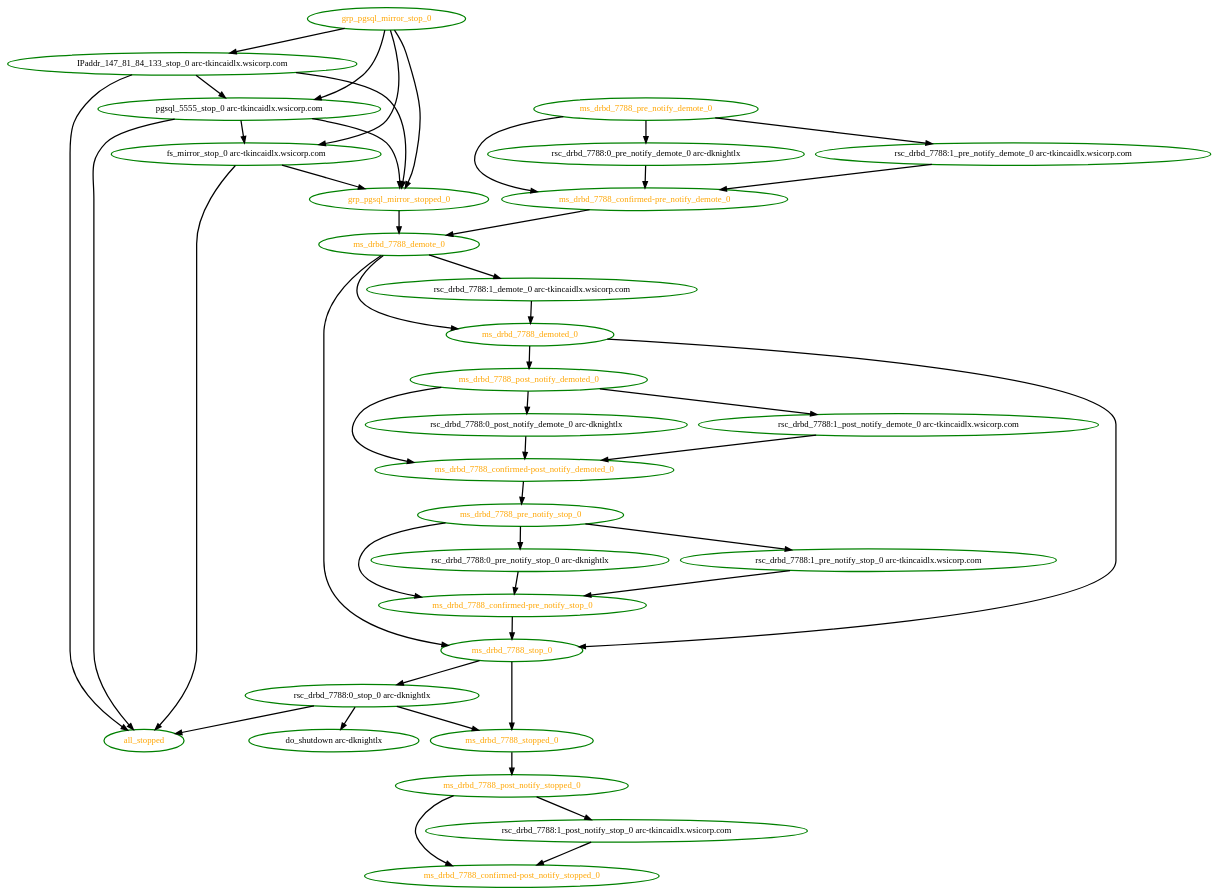
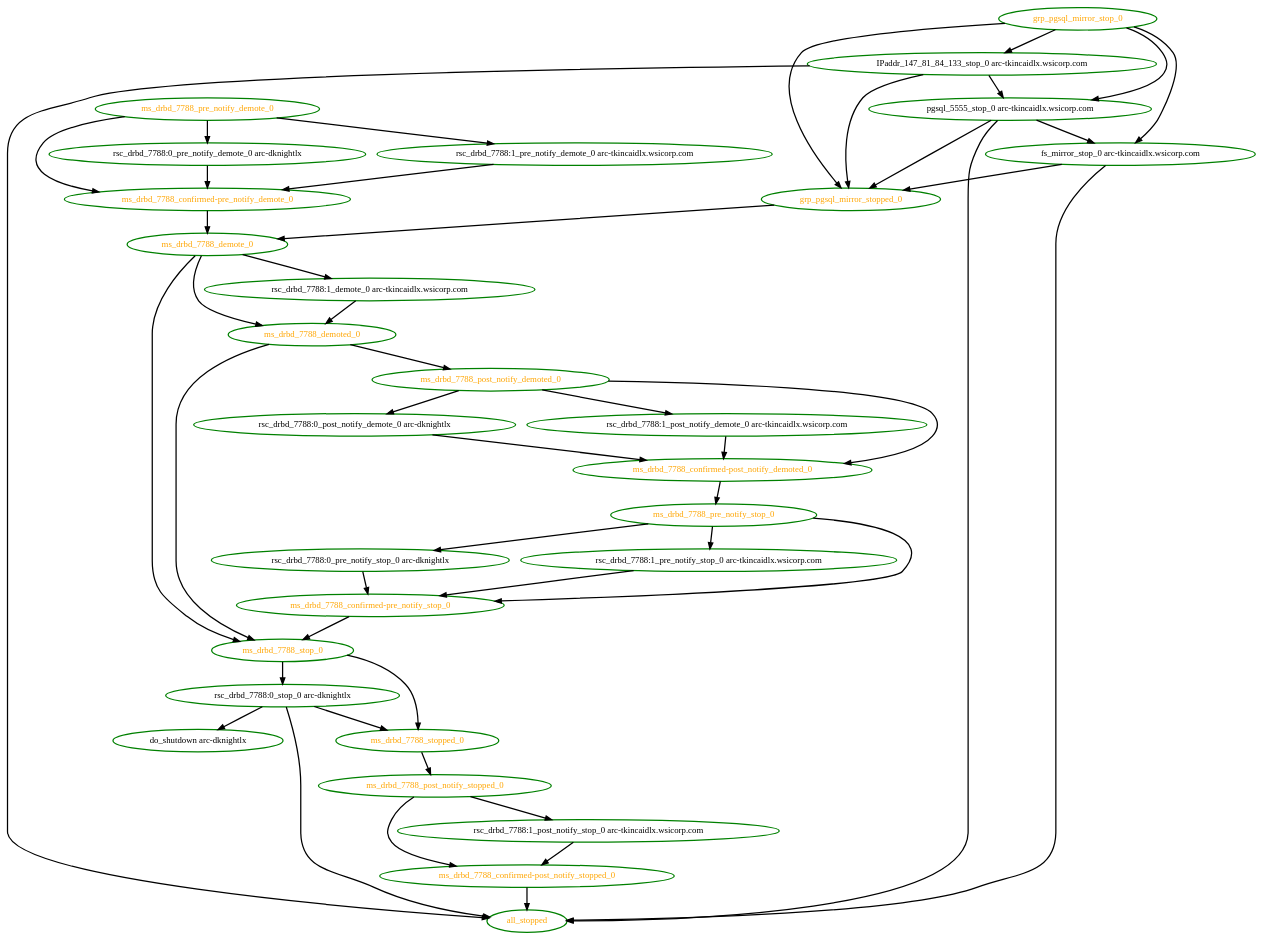
Before and after one commit to linux-ha-japan/pm_diskd: the diagram in pengine/test10/bug-1572-2.dot, drawn with Graphviz. The commit also changed 28 other files, not shown here.

Commit message:
Low: PE: Have post-notification of stops be an input to the all_stopped pseudo event

```diff
--- a/pengine/test10/bug-1572-2.dot
+++ b/pengine/test10/bug-1572-2.dot
@@ -1,76 +1,77 @@
 digraph "g" {
 "IPaddr_147_81_84_133_stop_0 arc-tkincaidlx.wsicorp.com" -> "all_stopped" [ style = bold]
 "IPaddr_147_81_84_133_stop_0 arc-tkincaidlx.wsicorp.com" -> "grp_pgsql_mirror_stopped_0" [ style = bold]
 "IPaddr_147_81_84_133_stop_0 arc-tkincaidlx.wsicorp.com" -> "pgsql_5555_stop_0 arc-tkincaidlx.wsicorp.com" [ style = bold]
 "IPaddr_147_81_84_133_stop_0 arc-tkincaidlx.wsicorp.com" [ style=bold color="green" fontcolor="black"  ]
 "all_stopped" [ style=bold color="green" fontcolor="orange"  ]
 "do_shutdown arc-dknightlx" [ style=bold color="green" fontcolor="black"  ]
 "fs_mirror_stop_0 arc-tkincaidlx.wsicorp.com" -> "all_stopped" [ style = bold]
 "fs_mirror_stop_0 arc-tkincaidlx.wsicorp.com" -> "grp_pgsql_mirror_stopped_0" [ style = bold]
 "fs_mirror_stop_0 arc-tkincaidlx.wsicorp.com" [ style=bold color="green" fontcolor="black"  ]
 "grp_pgsql_mirror_stop_0" -> "IPaddr_147_81_84_133_stop_0 arc-tkincaidlx.wsicorp.com" [ style = bold]
 "grp_pgsql_mirror_stop_0" -> "fs_mirror_stop_0 arc-tkincaidlx.wsicorp.com" [ style = bold]
 "grp_pgsql_mirror_stop_0" -> "grp_pgsql_mirror_stopped_0" [ style = bold]
 "grp_pgsql_mirror_stop_0" -> "pgsql_5555_stop_0 arc-tkincaidlx.wsicorp.com" [ style = bold]
 "grp_pgsql_mirror_stop_0" [ style=bold color="green" fontcolor="orange"  ]
 "grp_pgsql_mirror_stopped_0" -> "ms_drbd_7788_demote_0" [ style = bold]
 "grp_pgsql_mirror_stopped_0" [ style=bold color="green" fontcolor="orange"  ]
 "ms_drbd_7788_confirmed-post_notify_demoted_0" -> "ms_drbd_7788_pre_notify_stop_0" [ style = bold]
 "ms_drbd_7788_confirmed-post_notify_demoted_0" [ style=bold color="green" fontcolor="orange"  ]
+"ms_drbd_7788_confirmed-post_notify_stopped_0" -> "all_stopped" [ style = bold]
 "ms_drbd_7788_confirmed-post_notify_stopped_0" [ style=bold color="green" fontcolor="orange"  ]
 "ms_drbd_7788_confirmed-pre_notify_demote_0" -> "ms_drbd_7788_demote_0" [ style = bold]
 "ms_drbd_7788_confirmed-pre_notify_demote_0" [ style=bold color="green" fontcolor="orange"  ]
 "ms_drbd_7788_confirmed-pre_notify_stop_0" -> "ms_drbd_7788_stop_0" [ style = bold]
 "ms_drbd_7788_confirmed-pre_notify_stop_0" [ style=bold color="green" fontcolor="orange"  ]
 "ms_drbd_7788_demote_0" -> "ms_drbd_7788_demoted_0" [ style = bold]
 "ms_drbd_7788_demote_0" -> "ms_drbd_7788_stop_0" [ style = bold]
 "ms_drbd_7788_demote_0" -> "rsc_drbd_7788:1_demote_0 arc-tkincaidlx.wsicorp.com" [ style = bold]
 "ms_drbd_7788_demote_0" [ style=bold color="green" fontcolor="orange"  ]
 "ms_drbd_7788_demoted_0" -> "ms_drbd_7788_post_notify_demoted_0" [ style = bold]
 "ms_drbd_7788_demoted_0" -> "ms_drbd_7788_stop_0" [ style = bold]
 "ms_drbd_7788_demoted_0" [ style=bold color="green" fontcolor="orange"  ]
 "ms_drbd_7788_post_notify_demoted_0" -> "ms_drbd_7788_confirmed-post_notify_demoted_0" [ style = bold]
 "ms_drbd_7788_post_notify_demoted_0" -> "rsc_drbd_7788:0_post_notify_demote_0 arc-dknightlx" [ style = bold]
 "ms_drbd_7788_post_notify_demoted_0" -> "rsc_drbd_7788:1_post_notify_demote_0 arc-tkincaidlx.wsicorp.com" [ style = bold]
 "ms_drbd_7788_post_notify_demoted_0" [ style=bold color="green" fontcolor="orange"  ]
 "ms_drbd_7788_post_notify_stopped_0" -> "ms_drbd_7788_confirmed-post_notify_stopped_0" [ style = bold]
 "ms_drbd_7788_post_notify_stopped_0" -> "rsc_drbd_7788:1_post_notify_stop_0 arc-tkincaidlx.wsicorp.com" [ style = bold]
 "ms_drbd_7788_post_notify_stopped_0" [ style=bold color="green" fontcolor="orange"  ]
 "ms_drbd_7788_pre_notify_demote_0" -> "ms_drbd_7788_confirmed-pre_notify_demote_0" [ style = bold]
 "ms_drbd_7788_pre_notify_demote_0" -> "rsc_drbd_7788:0_pre_notify_demote_0 arc-dknightlx" [ style = bold]
 "ms_drbd_7788_pre_notify_demote_0" -> "rsc_drbd_7788:1_pre_notify_demote_0 arc-tkincaidlx.wsicorp.com" [ style = bold]
 "ms_drbd_7788_pre_notify_demote_0" [ style=bold color="green" fontcolor="orange"  ]
 "ms_drbd_7788_pre_notify_stop_0" -> "ms_drbd_7788_confirmed-pre_notify_stop_0" [ style = bold]
 "ms_drbd_7788_pre_notify_stop_0" -> "rsc_drbd_7788:0_pre_notify_stop_0 arc-dknightlx" [ style = bold]
 "ms_drbd_7788_pre_notify_stop_0" -> "rsc_drbd_7788:1_pre_notify_stop_0 arc-tkincaidlx.wsicorp.com" [ style = bold]
 "ms_drbd_7788_pre_notify_stop_0" [ style=bold color="green" fontcolor="orange"  ]
 "ms_drbd_7788_stop_0" -> "ms_drbd_7788_stopped_0" [ style = bold]
 "ms_drbd_7788_stop_0" -> "rsc_drbd_7788:0_stop_0 arc-dknightlx" [ style = bold]
 "ms_drbd_7788_stop_0" [ style=bold color="green" fontcolor="orange"  ]
 "ms_drbd_7788_stopped_0" -> "ms_drbd_7788_post_notify_stopped_0" [ style = bold]
 "ms_drbd_7788_stopped_0" [ style=bold color="green" fontcolor="orange"  ]
 "pgsql_5555_stop_0 arc-tkincaidlx.wsicorp.com" -> "all_stopped" [ style = bold]
 "pgsql_5555_stop_0 arc-tkincaidlx.wsicorp.com" -> "fs_mirror_stop_0 arc-tkincaidlx.wsicorp.com" [ style = bold]
 "pgsql_5555_stop_0 arc-tkincaidlx.wsicorp.com" -> "grp_pgsql_mirror_stopped_0" [ style = bold]
 "pgsql_5555_stop_0 arc-tkincaidlx.wsicorp.com" [ style=bold color="green" fontcolor="black"  ]
 "rsc_drbd_7788:0_post_notify_demote_0 arc-dknightlx" -> "ms_drbd_7788_confirmed-post_notify_demoted_0" [ style = bold]
 "rsc_drbd_7788:0_post_notify_demote_0 arc-dknightlx" [ style=bold color="green" fontcolor="black"  ]
 "rsc_drbd_7788:0_pre_notify_demote_0 arc-dknightlx" -> "ms_drbd_7788_confirmed-pre_notify_demote_0" [ style = bold]
 "rsc_drbd_7788:0_pre_notify_demote_0 arc-dknightlx" [ style=bold color="green" fontcolor="black"  ]
 "rsc_drbd_7788:0_pre_notify_stop_0 arc-dknightlx" -> "ms_drbd_7788_confirmed-pre_notify_stop_0" [ style = bold]
 "rsc_drbd_7788:0_pre_notify_stop_0 arc-dknightlx" [ style=bold color="green" fontcolor="black"  ]
 "rsc_drbd_7788:0_stop_0 arc-dknightlx" -> "all_stopped" [ style = bold]
 "rsc_drbd_7788:0_stop_0 arc-dknightlx" -> "do_shutdown arc-dknightlx" [ style = bold]
 "rsc_drbd_7788:0_stop_0 arc-dknightlx" -> "ms_drbd_7788_stopped_0" [ style = bold]
 "rsc_drbd_7788:0_stop_0 arc-dknightlx" [ style=bold color="green" fontcolor="black"  ]
 "rsc_drbd_7788:1_demote_0 arc-tkincaidlx.wsicorp.com" -> "ms_drbd_7788_demoted_0" [ style = bold]
 "rsc_drbd_7788:1_demote_0 arc-tkincaidlx.wsicorp.com" [ style=bold color="green" fontcolor="black"  ]
 "rsc_drbd_7788:1_post_notify_demote_0 arc-tkincaidlx.wsicorp.com" -> "ms_drbd_7788_confirmed-post_notify_demoted_0" [ style = bold]
 "rsc_drbd_7788:1_post_notify_demote_0 arc-tkincaidlx.wsicorp.com" [ style=bold color="green" fontcolor="black"  ]
 "rsc_drbd_7788:1_post_notify_stop_0 arc-tkincaidlx.wsicorp.com" -> "ms_drbd_7788_confirmed-post_notify_stopped_0" [ style = bold]
 "rsc_drbd_7788:1_post_notify_stop_0 arc-tkincaidlx.wsicorp.com" [ style=bold color="green" fontcolor="black"  ]
 "rsc_drbd_7788:1_pre_notify_demote_0 arc-tkincaidlx.wsicorp.com" -> "ms_drbd_7788_confirmed-pre_notify_demote_0" [ style = bold]
 "rsc_drbd_7788:1_pre_notify_demote_0 arc-tkincaidlx.wsicorp.com" [ style=bold color="green" fontcolor="black"  ]
 "rsc_drbd_7788:1_pre_notify_stop_0 arc-tkincaidlx.wsicorp.com" -> "ms_drbd_7788_confirmed-pre_notify_stop_0" [ style = bold]
 "rsc_drbd_7788:1_pre_notify_stop_0 arc-tkincaidlx.wsicorp.com" [ style=bold color="green" fontcolor="black"  ]
 }
```
